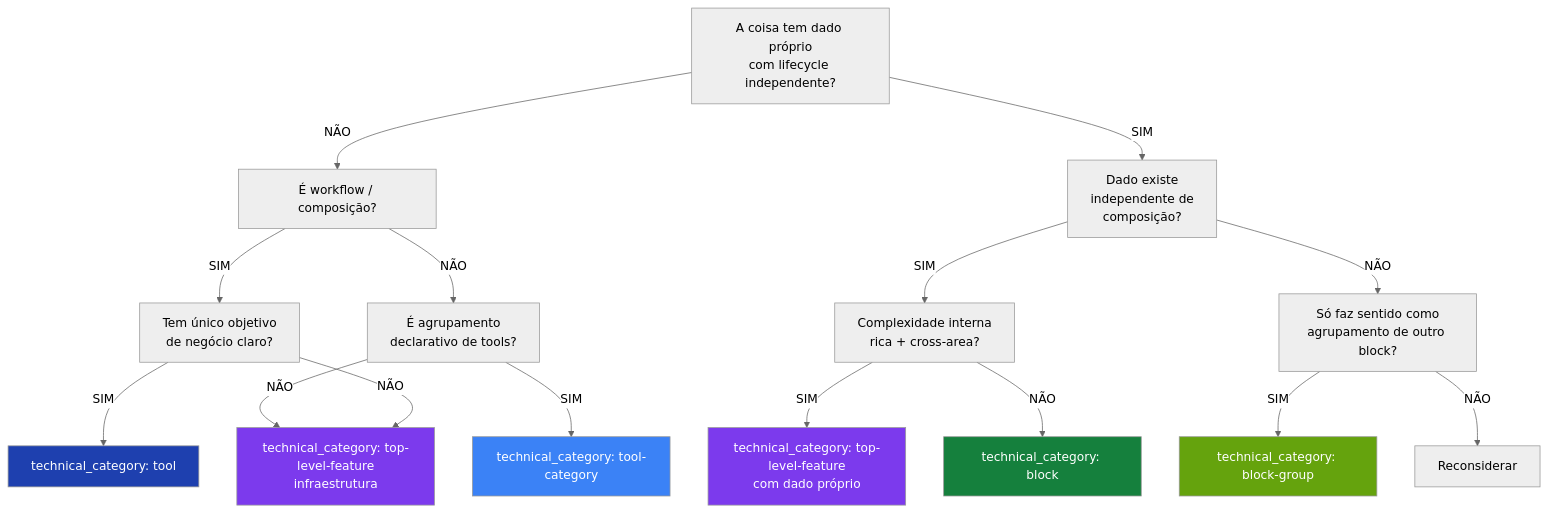
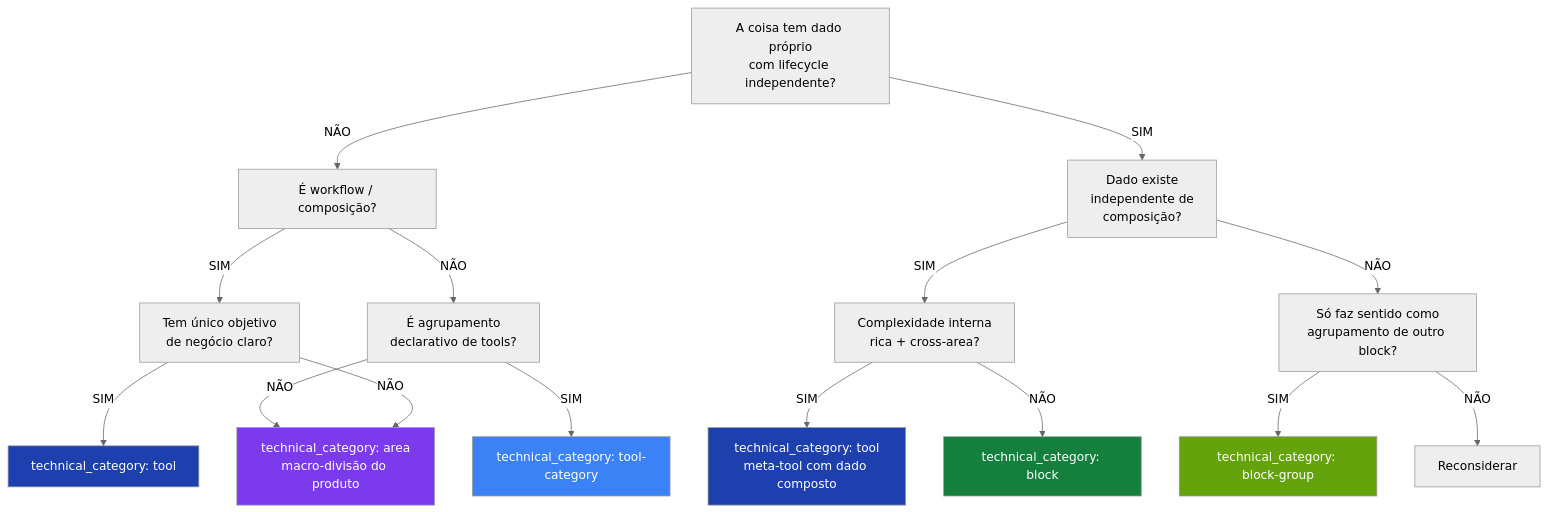
Before and after one commit to nickmoreira23/herd: the second of 2 diagrams in docs/handbook/_meta/handbook/en-US.md, drawn with Mermaid (neutral theme). The commit also changed other lines of this file and 72 other files, not shown here.

````diff
--- a/docs/handbook/_meta/handbook/en-US.md
+++ b/docs/handbook/_meta/handbook/en-US.md
@@ -204,31 +204,31 @@
 ```mermaid
 flowchart TD
     Start[A coisa tem dado próprio<br/>com lifecycle independente?]
     Start -->|NÃO| Workflow[É workflow / composição?]
     Start -->|SIM| IndepCheck[Dado existe<br/>independente de<br/>composição?]
 
     Workflow -->|SIM| Goal[Tem único objetivo<br/>de negócio claro?]
     Workflow -->|NÃO| AggregatorCheck[É agrupamento<br/>declarativo de tools?]
 
     AggregatorCheck -->|SIM| ToolCategory[technical_category: tool-category]
-    AggregatorCheck -->|NÃO| TLF[technical_category: top-level-feature<br/>infraestrutura]
+    AggregatorCheck -->|NÃO| Area[technical_category: area<br/>macro-divisão do produto]
 
     Goal -->|SIM| Tool[technical_category: tool]
-    Goal -->|NÃO| TLF
+    Goal -->|NÃO| Area
 
     IndepCheck -->|SIM| RichCheck[Complexidade interna<br/>rica + cross-area?]
     IndepCheck -->|NÃO| AgrCheck[Só faz sentido como<br/>agrupamento de outro block?]
 
-    RichCheck -->|SIM| TLFData[technical_category: top-level-feature<br/>com dado próprio]
+    RichCheck -->|SIM| ToolMeta[technical_category: tool<br/>meta-tool com dado composto]
     RichCheck -->|NÃO| Block[technical_category: block]
 
     AgrCheck -->|SIM| BlockGroup[technical_category: block-group]
     AgrCheck -->|NÃO| Reconsider[Reconsiderar]
 
     style Tool fill:#1e40af,color:#fff
     style ToolCategory fill:#3b82f6,color:#fff
     style Block fill:#15803d,color:#fff
     style BlockGroup fill:#65a30d,color:#fff
-    style TLF fill:#7c3aed,color:#fff
-    style TLFData fill:#7c3aed,color:#fff
+    style Area fill:#7c3aed,color:#fff
+    style ToolMeta fill:#1e40af,color:#fff
 ```
````
